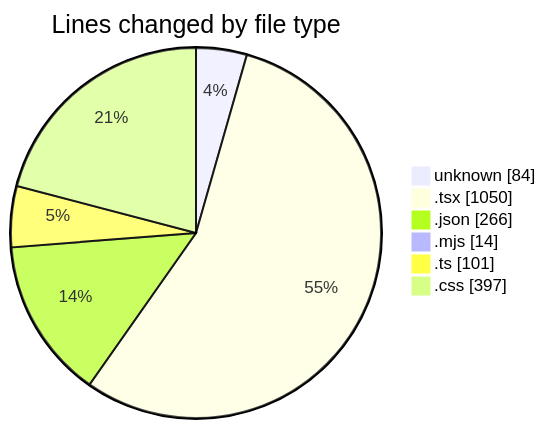
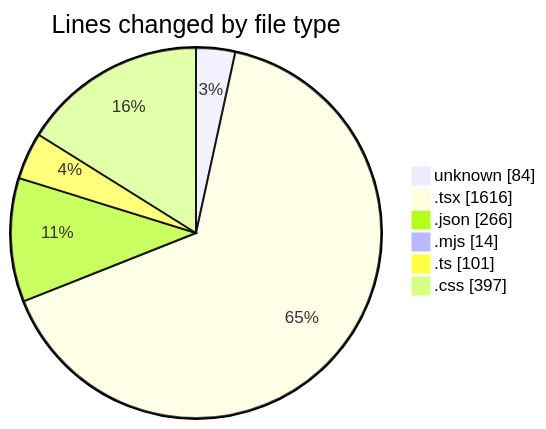
Before and after one commit to Elitesun/code-tracking: the first of 2 diagrams in 2025-05-15/niten/README.md, drawn with Mermaid. The commit also changed other lines of this file and 1 other file, not shown here.

````diff
--- a/2025-05-15/niten/README.md
+++ b/2025-05-15/niten/README.md
@@ -35,10 +37,10 @@
 ```mermaid
 pie showData
 title Lines changed by file type
 "unknown" : 84
-".tsx" : 1050
+".tsx" : 1616
 ".json" : 266
 ".mjs" : 14
 ".ts" : 101
 ".css" : 397
 ```
````
